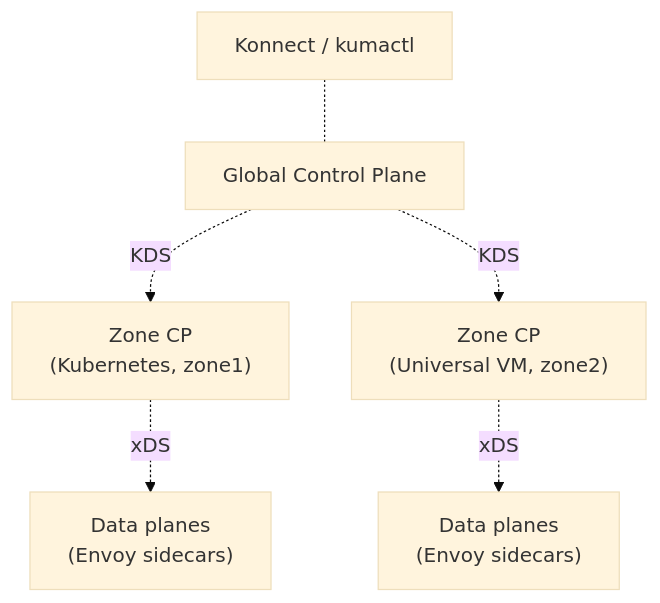
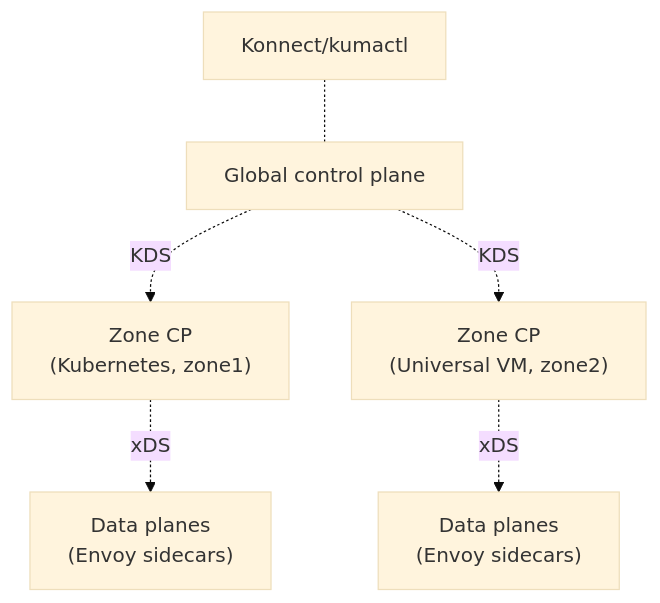
Before and after one commit to Kong/developer.konghq.com: the first of 2 diagrams in app/mesh/scenarios/architecture-overview.md, drawn with Mermaid (base theme). The commit also changed other lines of this file, not shown here.

```diff
--- a/app/mesh/scenarios/architecture-overview.md
+++ b/app/mesh/scenarios/architecture-overview.md
@@ -84,15 +87,15 @@
 {% mermaid %}
 flowchart TD
-    GUI["Konnect / kumactl"]
-    GCP["Global Control Plane"]
+    GUI["Konnect/kumactl"]
+    GCP["Global control plane"]
     Z1CP["Zone CP<br/>(Kubernetes, zone1)"]
     Z2CP["Zone CP<br/>(Universal VM, zone2)"]
     DP1["Data planes<br/>(Envoy sidecars)"]
     DP2["Data planes<br/>(Envoy sidecars)"]
 
     GUI -.- GCP
     GCP -.->|KDS| Z1CP
     GCP -.->|KDS| Z2CP
     Z1CP -.->|xDS| DP1
     Z2CP -.->|xDS| DP2
 {% endmermaid %}
```
